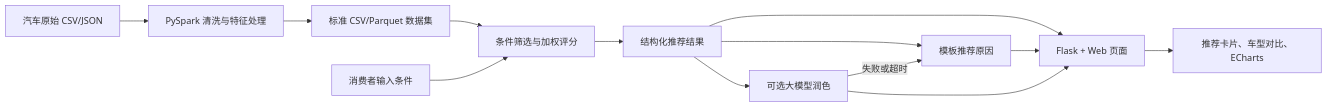
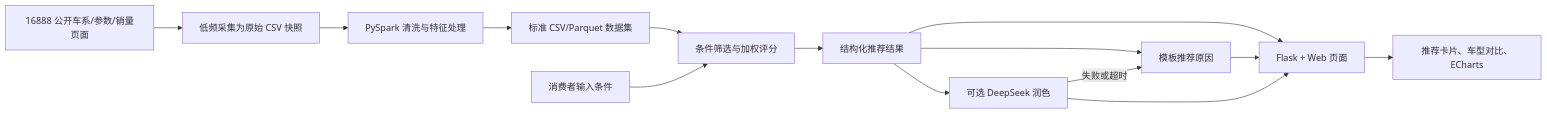
One commit to Pite330/spark-car-recommendation changed the diagram in docs/architecture.md. Above: the diagram before and after it, drawn with Mermaid. The commit also changed other lines of this file and 8 other files, not shown here.

````diff
--- a/docs/architecture.md
+++ b/docs/architecture.md
@@ -13,15 +13,16 @@
 ```mermaid
 flowchart LR
-    A["汽车原始 CSV/JSON"] --> B["PySpark 清洗与特征处理"]
-    B --> C["标准 CSV/Parquet 数据集"]
-    C --> D["条件筛选与加权评分"]
-    E["消费者输入条件"] --> D
-    D --> F["结构化推荐结果"]
-    F --> G["模板推荐原因"]
-    F --> H["可选大模型润色"]
-    H -->|"失败或超时"| G
-    F --> I["Flask + Web 页面"]
-    G --> I
-    H --> I
-    I --> J["推荐卡片、车型对比、ECharts"]
+    A["16888 公开车系/参数/销量页面"] --> B["低频采集为原始 CSV 快照"]
+    B --> C["PySpark 清洗与特征处理"]
+    C --> D["标准 CSV/Parquet 数据集"]
+    D --> E["条件筛选与加权评分"]
+    F["消费者输入条件"] --> E
+    E --> G["结构化推荐结果"]
+    G --> H["模板推荐原因"]
+    G --> I["可选 DeepSeek 润色"]
+    I -->|"失败或超时"| H
+    G --> J["Flask + Web 页面"]
+    H --> J
+    I --> J
+    J --> K["推荐卡片、车型对比、ECharts"]
 ```
````
